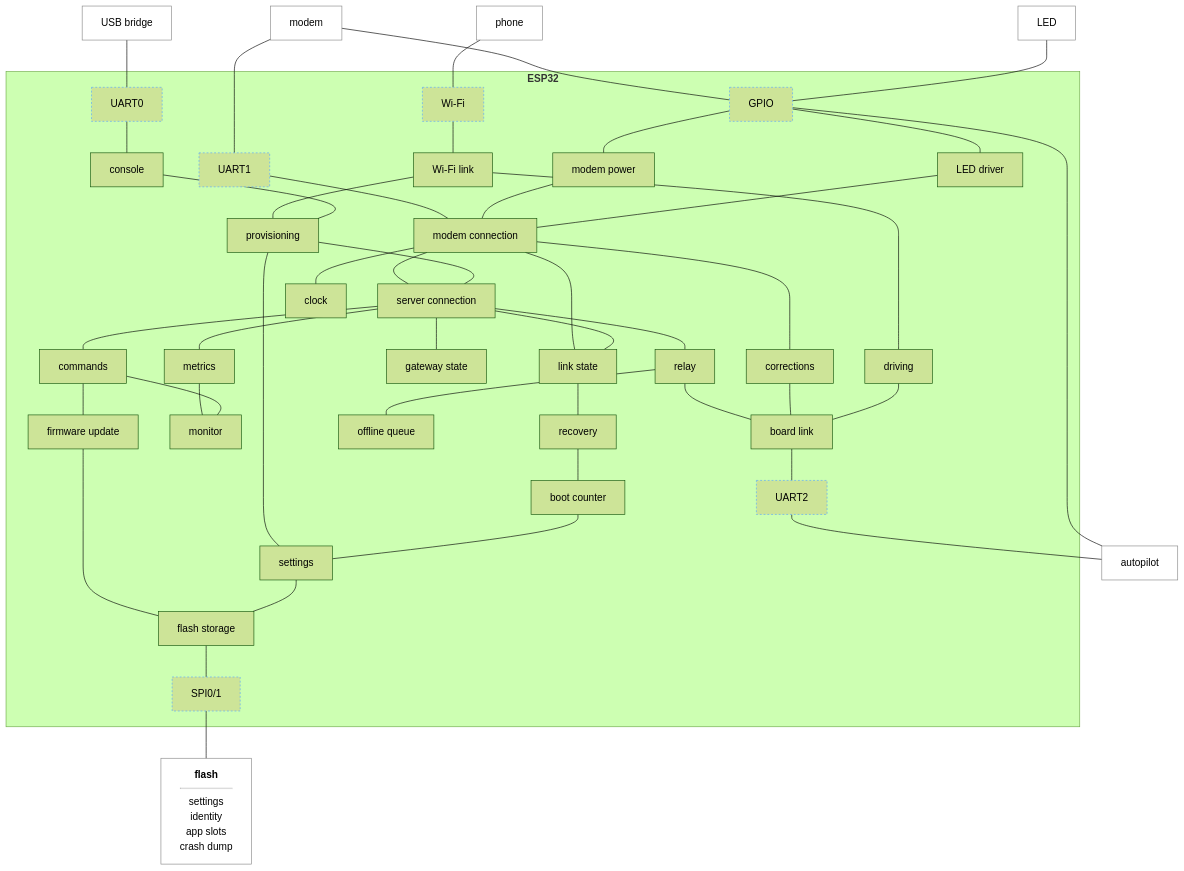
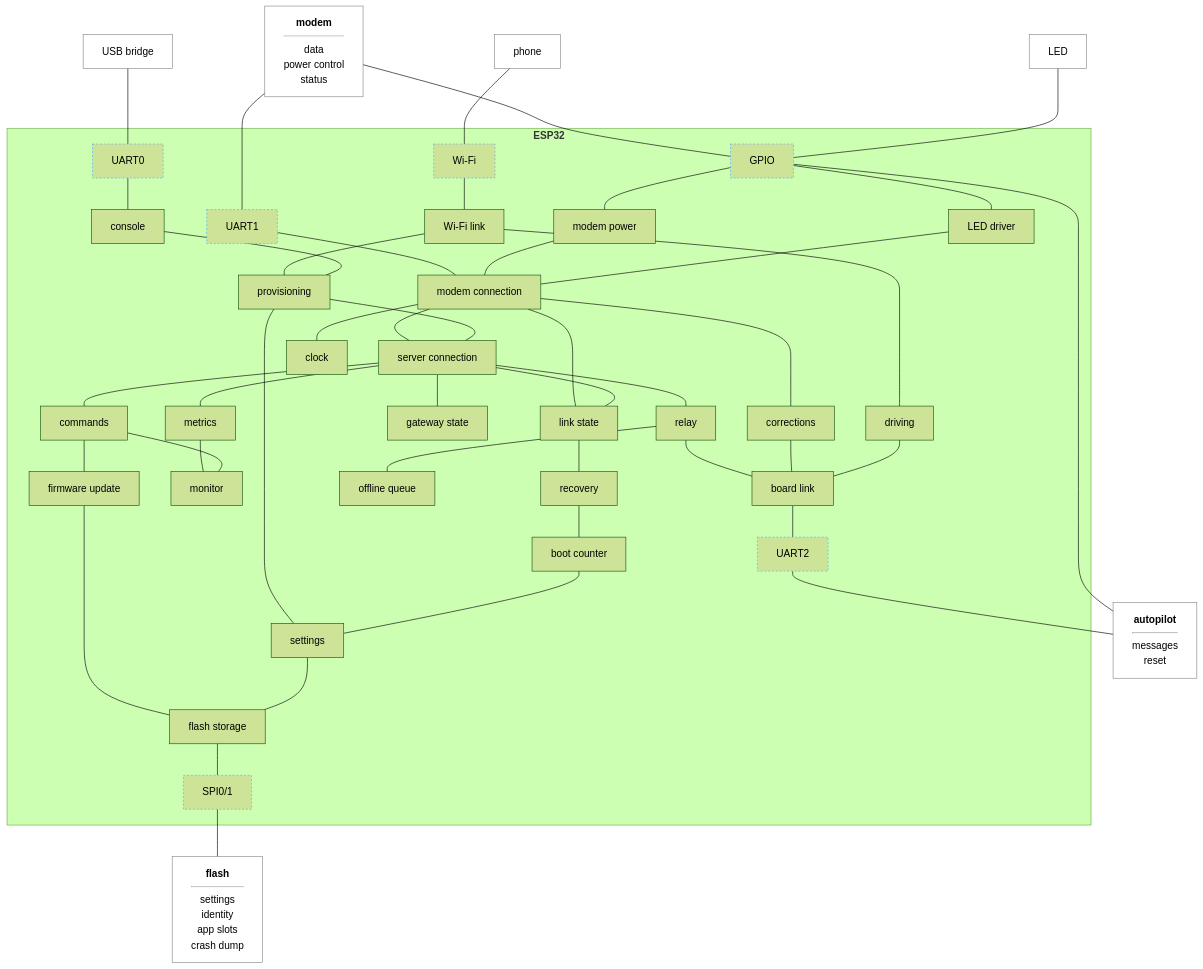
One commit to rmx-lt/rmx-mower-gateway changed the diagram in .esp-architecture/diagrams/block-draft.md. Above: the diagram before and after it, drawn with Mermaid (forest theme).

Commit message:
Draft: parts of the modem and the autopilot

````diff
--- a/.esp-architecture/diagrams/block-draft.md
+++ b/.esp-architecture/diagrams/block-draft.md
@@ -5,80 +5,80 @@
 ```mermaid
 flowchart TD
-  modem["modem"]
+  modem["<b>modem</b><hr/>data<br/>power control<br/>status"]
   led["LED"]
   ph["phone"]
   usb["USB bridge"]
   subgraph cpu["<b>ESP32</b>"]
     u1["UART1"]
     gp["GPIO"]
     wf["Wi-Fi"]
     u0["UART0"]
     conn["modem connection"]
     pwr["modem power"]
     ledd["LED driver"]
     wl["Wi-Fi link"]
     con["console"]
     ntrip["corrections"]
     mqtt["server connection"]
     drive["driving"]
     prov["provisioning"]
     cmd["commands"]
     upd["firmware update"]
     state["gateway state"]
     met["metrics"]
     mon["monitor"]
     ls["link state"]
     clk["clock"]
     rec["recovery"]
     boot["boot counter"]
     relay["relay"]
     q["offline queue"]
     bl["board link"]
     set["settings"]
     fs["flash storage"]
     u2["UART2"]
     sp["SPI0/1"]
   end
-  ap["autopilot"]
+  ap["<b>autopilot</b><hr/>messages<br/>reset"]
   fl["<b>flash</b><hr/>settings<br/>identity<br/>app slots<br/>crash dump"]
   modem --- u1 --- conn
   modem --- gp
   led --- gp
   gp --- pwr --- conn
   gp --- ledd --- conn
   ph --- wf --- wl
   usb --- u0 --- con
   wl --- drive
   wl --- prov
   con --- prov
   conn --- mqtt
   conn --- ntrip
   conn --- clk
   conn --- ls
   mqtt --- ls
   mqtt --- cmd
   mqtt --- state
   mqtt --- met
   mqtt --- relay
   met --- mon
   cmd --- mon
   cmd --- upd
   prov --- mqtt
   prov --- set
   ls --- rec
   rec --- boot
   boot --- set
   relay --- q
   relay --- bl
   ntrip --- bl
   drive --- bl
   upd --- fs
   set --- fs
   fs --- sp --- fl
   bl --- u2 --- ap
   gp --- ap
   classDef bus stroke:#58a6ff,stroke-dasharray:3 3
   class u1,gp,u2,wf,u0,sp bus
   classDef device fill:none,stroke:#888
   class modem,led,ap,ph,usb,fl device
 ```
````
